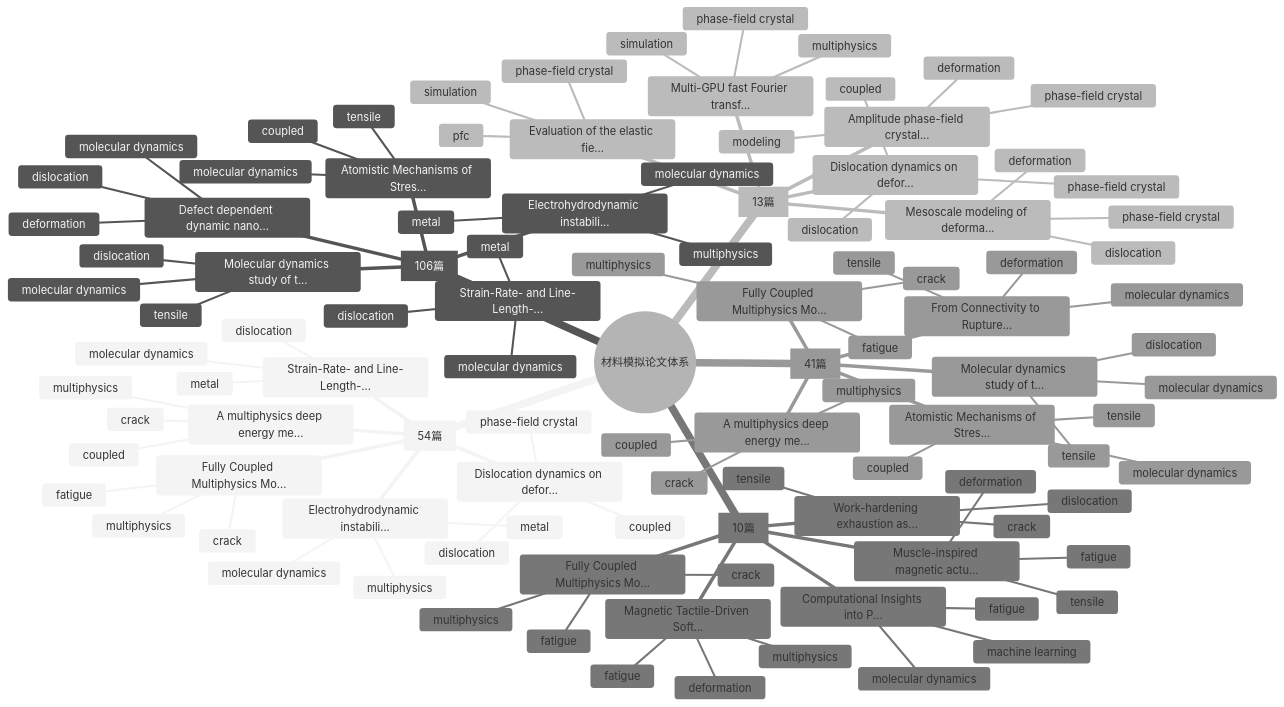
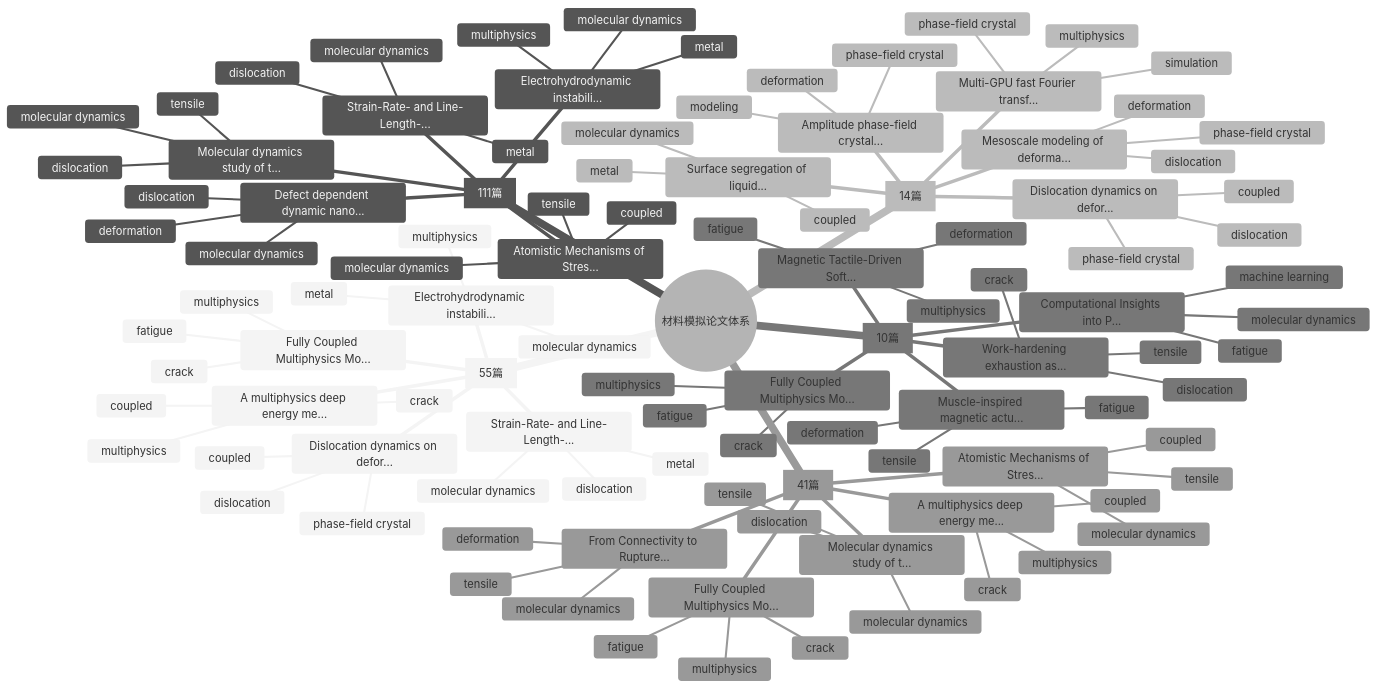
Before and after one commit to Shirakawa11111/BJK_readpaper: the first of 2 diagrams in README.md, drawn with Mermaid (neutral theme). The commit also changed other lines of this file and 11 other files, not shown here.

````diff
--- a/README.md
+++ b/README.md
@@ -94,7 +94,7 @@
 ```mermaid
 mindmap
   root((材料模拟论文体系))
-    Multiphysics Coupling [54篇]
+    Multiphysics Coupling [55篇]
       Fully Coupled Multiphysics Mo...
         fatigue
         multiphysics
@@ -115,7 +115,7 @@
         molecular dynamics
         dislocation
         metal
-    Molecular Dynamics [106篇]
+    Molecular Dynamics [111篇]
       Molecular dynamics study of t...
         molecular dynamics
         dislocation
@@ -136,10 +136,14 @@
         molecular dynamics
         tensile
         coupled
-    Phase-Field Crystal [13篇]
+    Phase-Field Crystal [14篇]
       Dislocation dynamics on defor...
         phase-field crystal
         dislocation
+        coupled
+      Surface segregation of liquid...
+        molecular dynamics
+        metal
         coupled
       Multi-GPU fast Fourier transf...
         phase-field crystal
@@ -153,10 +157,6 @@
         phase-field crystal
         dislocation
         deformation
-      Evaluation of the elastic fie...
-        phase-field crystal
-        pfc
-        simulation
     Metal Fatigue Simulation [10篇]
       Fully Coupled Multiphysics Mo...
         fatigue
````
